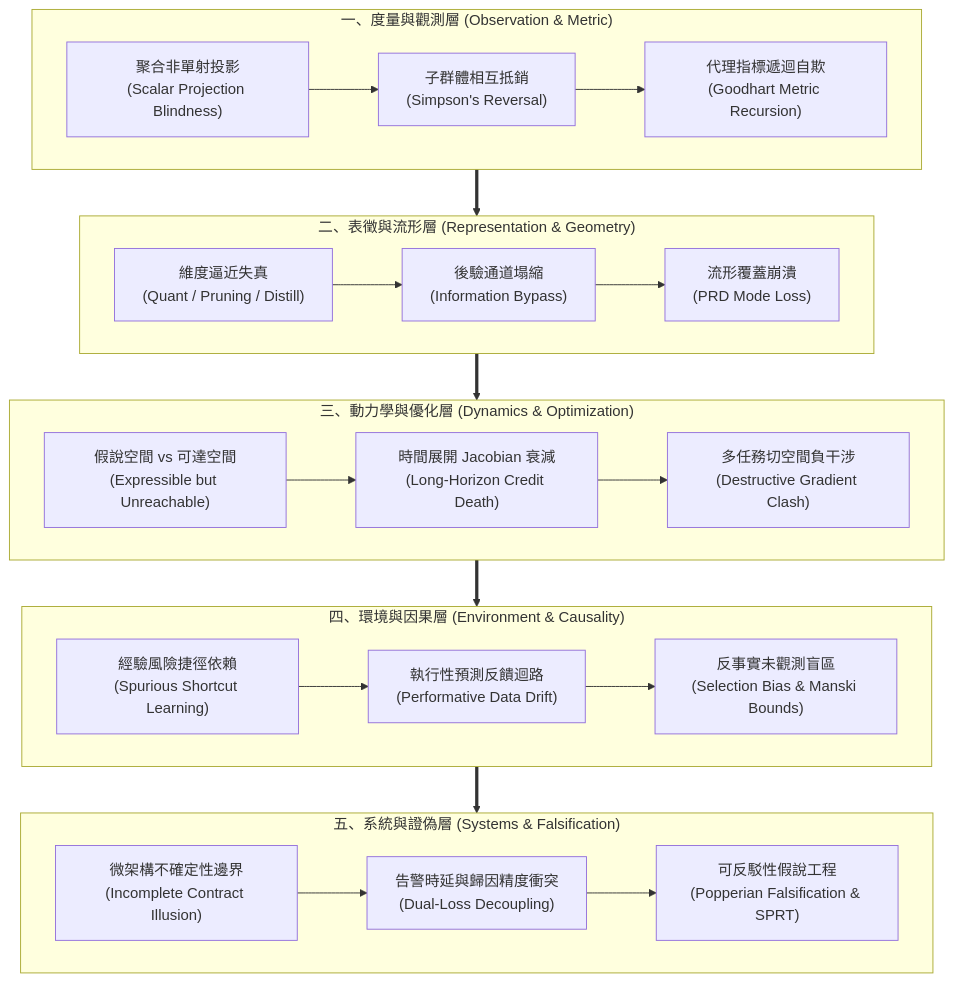
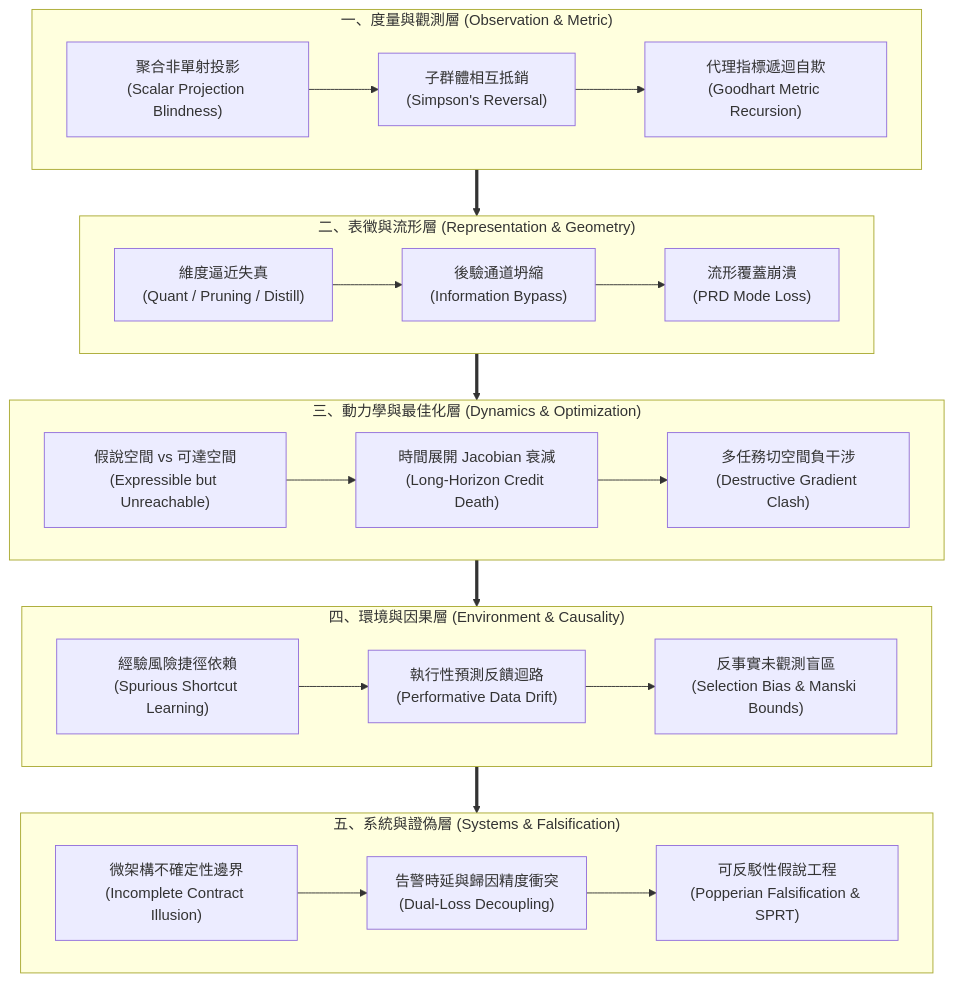
The diagram in recrystal-2026-09-13-b/guide.zh-TW.md (tacticaldoll/agent-distillates), drawn with Mermaid before and after one commit. The commit also changed other lines of this file and 6 other files, not shown here.

````diff
--- a/recrystal-2026-09-13-b/guide.zh-TW.md
+++ b/recrystal-2026-09-13-b/guide.zh-TW.md
@@ -15,42 +15,42 @@
 ```mermaid
 flowchart TD
     subgraph V1["一、度量與觀測層 (Observation & Metric)"]
         N1["聚合非單射投影<br/>(Scalar Projection Blindness)"]
         N2["子群體相互抵銷<br/>(Simpson's Reversal)"]
         N3["代理指標遞迴自欺<br/>(Goodhart Metric Recursion)"]
         N1 --> N2 --> N3
     end
 
     subgraph V2["二、表徵與流形層 (Representation & Geometry)"]
         N4["維度逼近失真<br/>(Quant / Pruning / Distill)"]
-        N5["後驗通道塌縮<br/>(Information Bypass)"]
+        N5["後驗通道坍縮<br/>(Information Bypass)"]
         N6["流形覆蓋崩潰<br/>(PRD Mode Loss)"]
         N4 --> N5 --> N6
     end
 
-    subgraph V3["三、動力學與優化層 (Dynamics & Optimization)"]
+    subgraph V3["三、動力學與最佳化層 (Dynamics & Optimization)"]
         N7["假說空間 vs 可達空間<br/>(Expressible but Unreachable)"]
         N8["時間展開 Jacobian 衰減<br/>(Long-Horizon Credit Death)"]
         N9["多任務切空間負干涉<br/>(Destructive Gradient Clash)"]
         N7 --> N8 --> N9
     end
 
     subgraph V4["四、環境與因果層 (Environment & Causality)"]
         N10["經驗風險捷徑依賴<br/>(Spurious Shortcut Learning)"]
         N11["執行性預測反饋迴路<br/>(Performative Data Drift)"]
         N12["反事實未觀測盲區<br/>(Selection Bias & Manski Bounds)"]
         N10 --> N11 --> N12
     end
 
     subgraph V5["五、系統與證偽層 (Systems & Falsification)"]
         N13["微架構不確定性邊界<br/>(Incomplete Contract Illusion)"]
         N14["告警時延與歸因精度衝突<br/>(Dual-Loss Decoupling)"]
         N15["可反駁性假說工程<br/>(Popperian Falsification & SPRT)"]
         N13 --> N14 --> N15
     end
 
     V1 ==> V2
     V2 ==> V3
     V3 ==> V4
     V4 ==> V5
 ```
````
